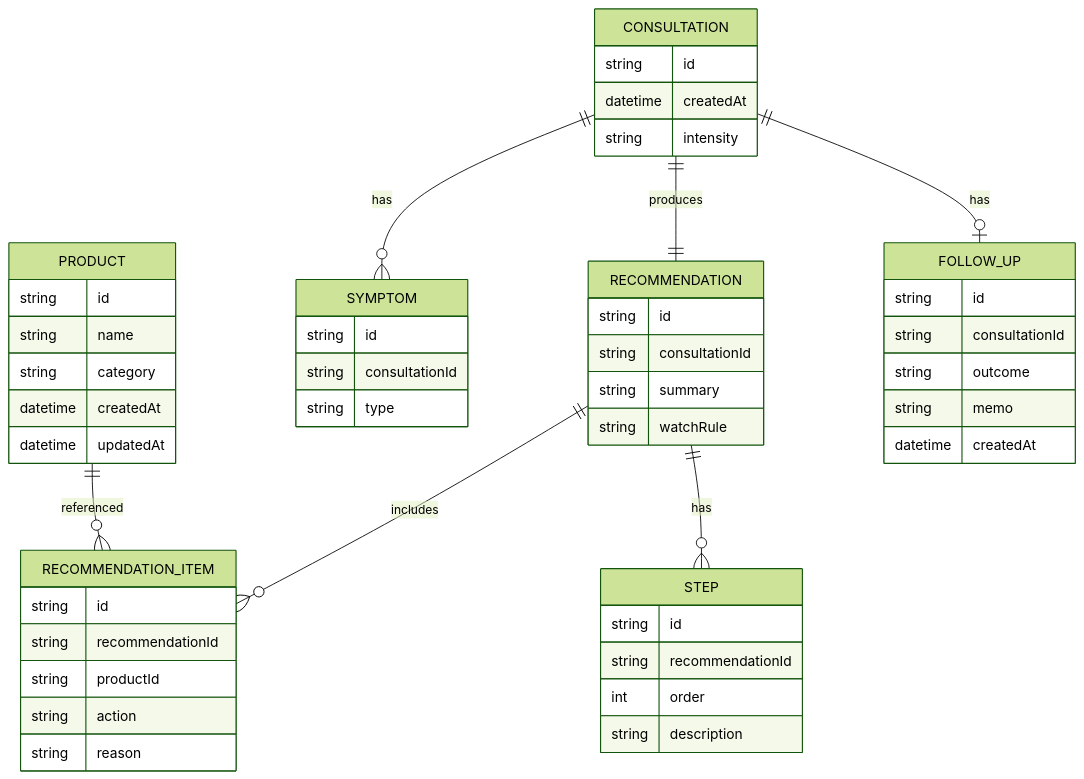
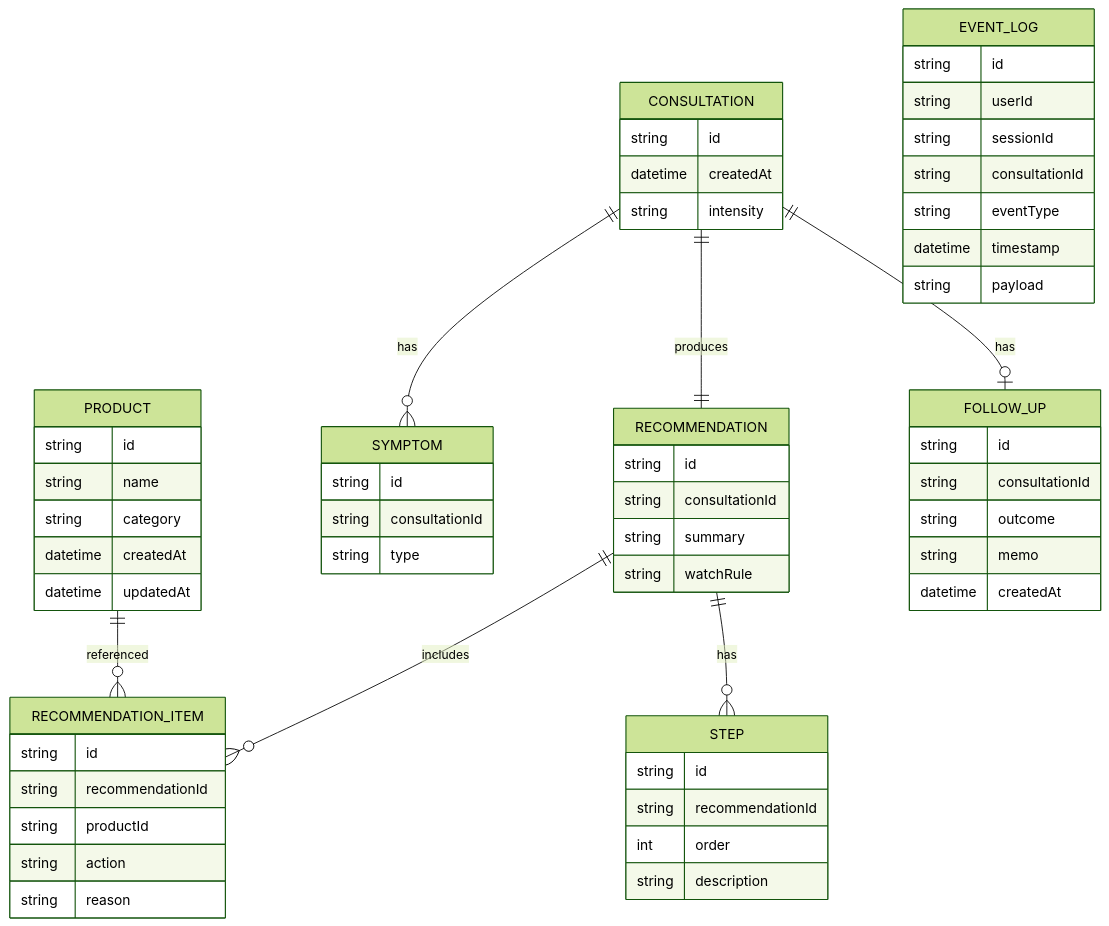
The second of 4 diagrams in docs/functional-design.md (MasanoriSuda/ba-pocket), drawn with Mermaid (forest theme) before and after one commit. The commit also changed other lines of this file and 30 other files, not shown here.

````diff
--- a/docs/functional-design.md
+++ b/docs/functional-design.md
@@ -55,53 +62,62 @@
 ```mermaid
 erDiagram
   PRODUCT {
     string id
     string name
     string category
     datetime createdAt
     datetime updatedAt
   }
   CONSULTATION {
     string id
     datetime createdAt
     string intensity
   }
   SYMPTOM {
     string id
     string consultationId
     string type
   }
   RECOMMENDATION {
     string id
     string consultationId
     string summary
     string watchRule
   }
   RECOMMENDATION_ITEM {
     string id
     string recommendationId
     string productId
     string action
     string reason
   }
   STEP {
     string id
     string recommendationId
     int order
     string description
   }
   FOLLOW_UP {
     string id
     string consultationId
     string outcome
     string memo
     datetime createdAt
   }
+  EVENT_LOG {
+    string id
+    string userId
+    string sessionId
+    string consultationId
+    string eventType
+    datetime timestamp
+    string payload
+  }
 
   CONSULTATION ||--o{ SYMPTOM : has
   CONSULTATION ||--|| RECOMMENDATION : produces
   RECOMMENDATION ||--o{ RECOMMENDATION_ITEM : includes
   RECOMMENDATION ||--o{ STEP : has
   CONSULTATION ||--o| FOLLOW_UP : has
   PRODUCT ||--o{ RECOMMENDATION_ITEM : referenced
 ```
````
